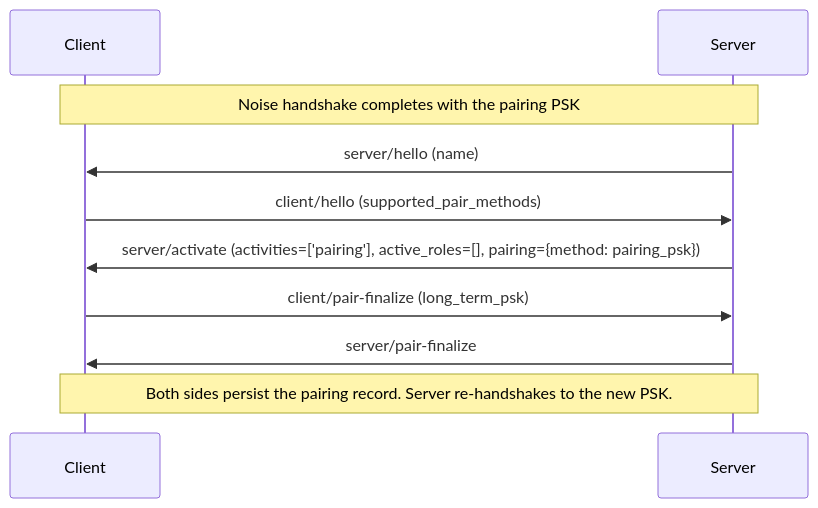
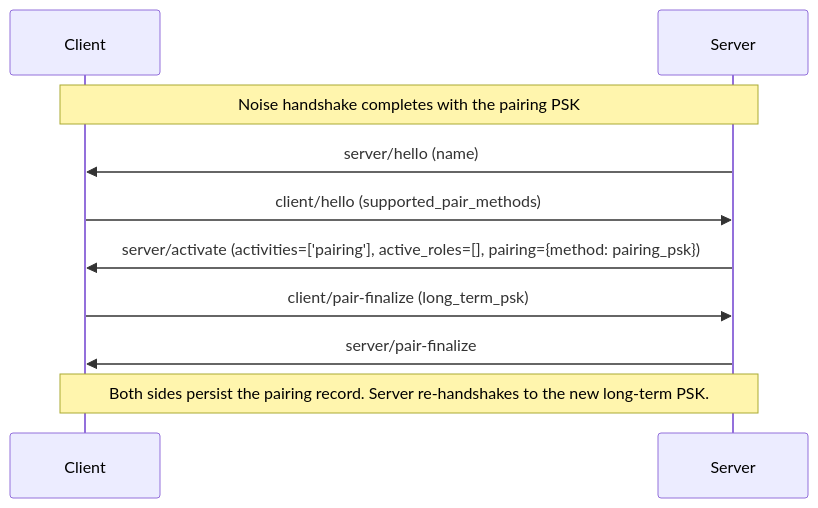
The second of 4 diagrams in README.md (Resonate-Protocol/spec), drawn with Mermaid before and after one commit. The commit also changed other lines of this file and 1 other file, not shown here.

Commit message:
refactor: say which PSK the pairing flows produce

````diff
--- a/README.md
+++ b/README.md
@@ -768,14 +768,14 @@
 ```mermaid
 sequenceDiagram
     participant Client
     participant Server
 
     Note over Client,Server: Noise handshake completes with the pairing PSK
 
     Server->>Client: server/hello (name)
     Client->>Server: client/hello (supported_pair_methods)
     Server->>Client: server/activate (activities=['pairing'], active_roles=[], pairing={method: pairing_psk})
     Client->>Server: client/pair-finalize (long_term_psk)
     Server->>Client: server/pair-finalize
-    Note over Client,Server: Both sides persist the pairing record. Server re-handshakes to the new PSK.
+    Note over Client,Server: Both sides persist the pairing record. Server re-handshakes to the new long-term PSK.
 ```
````
